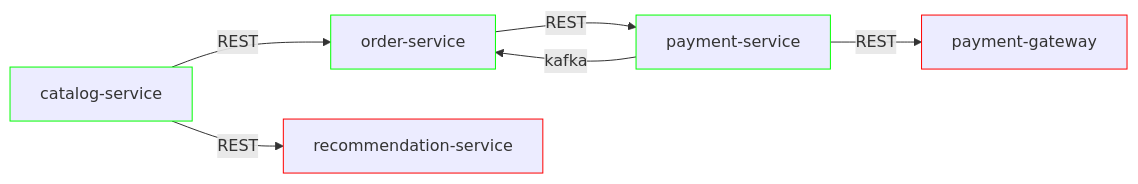
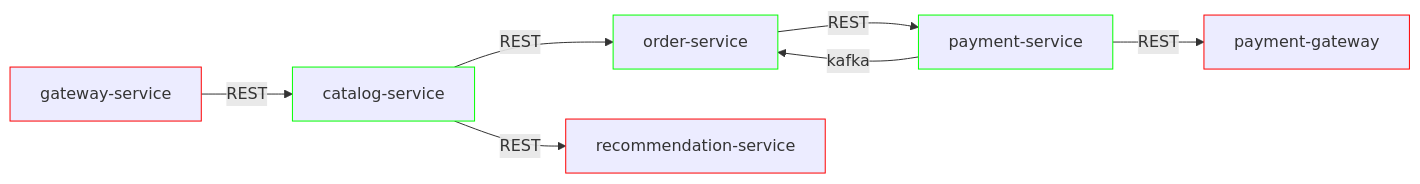
Before and after one commit to oscarmoraperez/aka-plattform: the diagram in README.md, drawn with Mermaid. The commit also changed 5 other files, not shown here.

Commit message:
Addition of gateway service

````diff
--- a/README.md
+++ b/README.md
@@ -20,10 +20,11 @@
 ```mermaid
 graph LR
+    gateway-service:::not_implemented -- REST --> catalog-service:::implemented;
     catalog-service:::implemented -- REST --> order-service:::implemented;
     catalog-service:::implemented -- REST --> recommendation-service:::not_implemented;
     order-service -- REST --> payment-service:::implemented;
     payment-service:::implemented -- kafka --> order-service:::implemented;
     payment-service:::implemented -- REST --> payment-gateway:::not_implemented;
     classDef not_implemented stroke:#f00
     classDef implemented stroke:#0f0
 ```
````
